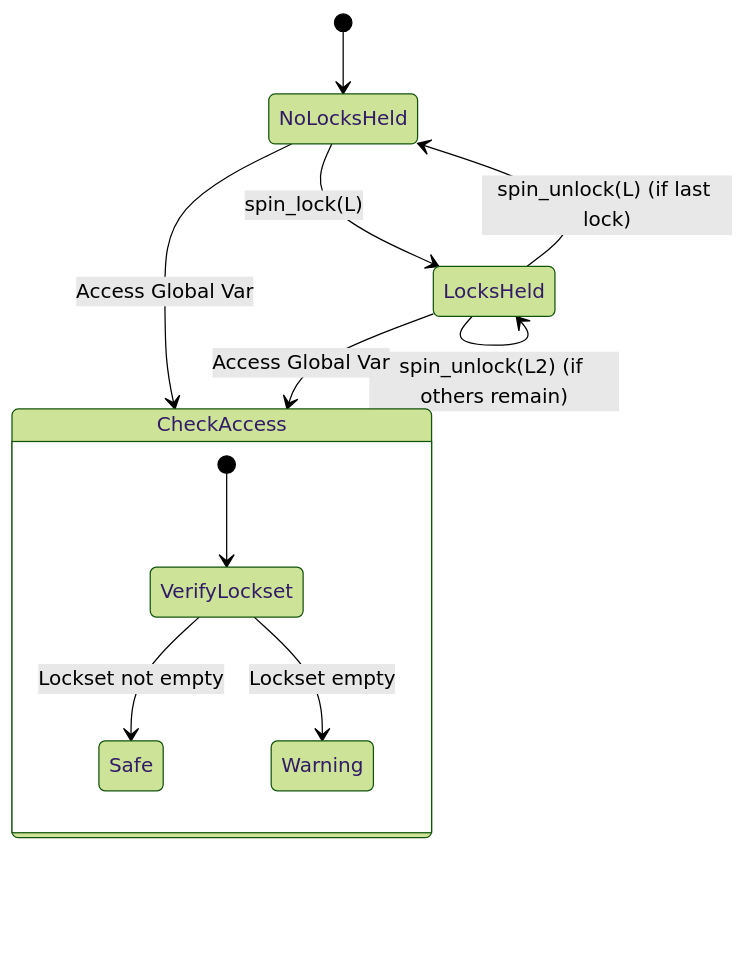
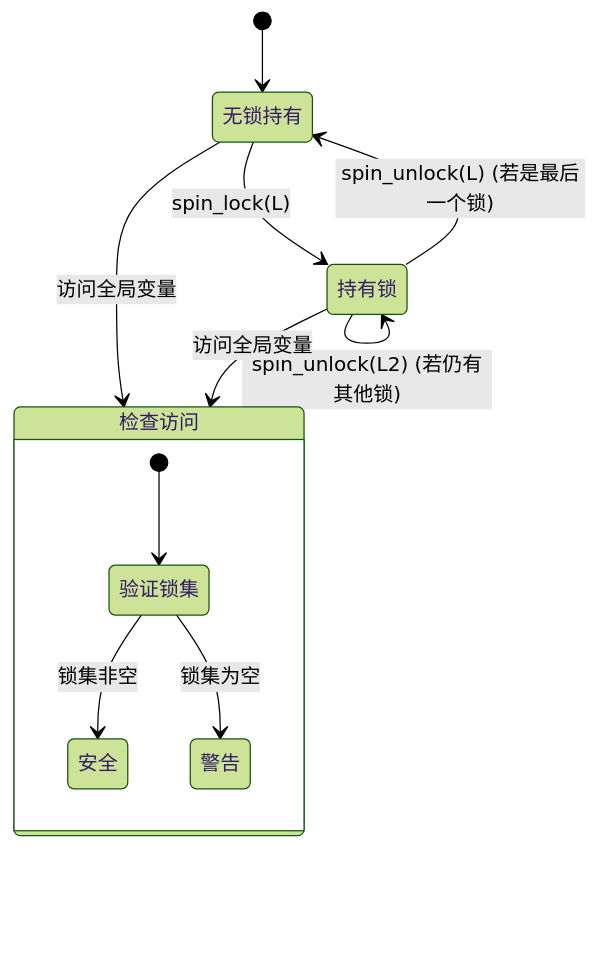
The second of 7 diagrams in README.md (lehengzhangJacob/Linux_kernel_safety_tool), drawn with Mermaid (forest theme) before and after one commit. The commit also changed other lines of this file, not shown here.

Commit message:
Translate all mermaid diagrams to Chinese

````diff
--- a/README.md
+++ b/README.md
@@ -72,18 +72,18 @@
 ```mermaid
 stateDiagram-v2
-    [*] --> NoLocksHeld
+    [*] --> 无锁持有
     
-    NoLocksHeld --> LocksHeld : spin_lock(L)
-    LocksHeld --> LocksHeld : spin_lock(L2)
-    LocksHeld --> NoLocksHeld : spin_unlock(L) (if last lock)
-    LocksHeld --> LocksHeld : spin_unlock(L2) (if others remain)
+    无锁持有 --> 持有锁 : spin_lock(L)
+    持有锁 --> 持有锁 : spin_lock(L2)
+    持有锁 --> 无锁持有 : spin_unlock(L) (若是最后一个锁)
+    持有锁 --> 持有锁 : spin_unlock(L2) (若仍有其他锁)
     
-    state CheckAccess {
-        [*] --> VerifyLockset
-        VerifyLockset --> Safe : Lockset not empty
-        VerifyLockset --> Warning : Lockset empty
+    state 检查访问 {
+        [*] --> 验证锁集
+        验证锁集 --> 安全 : 锁集非空
+        验证锁集 --> 警告 : 锁集为空
     }
 
-    NoLocksHeld --> CheckAccess : Access Global Var
-    LocksHeld --> CheckAccess : Access Global Var
+    无锁持有 --> 检查访问 : 访问全局变量
+    持有锁 --> 检查访问 : 访问全局变量
 ```
````
